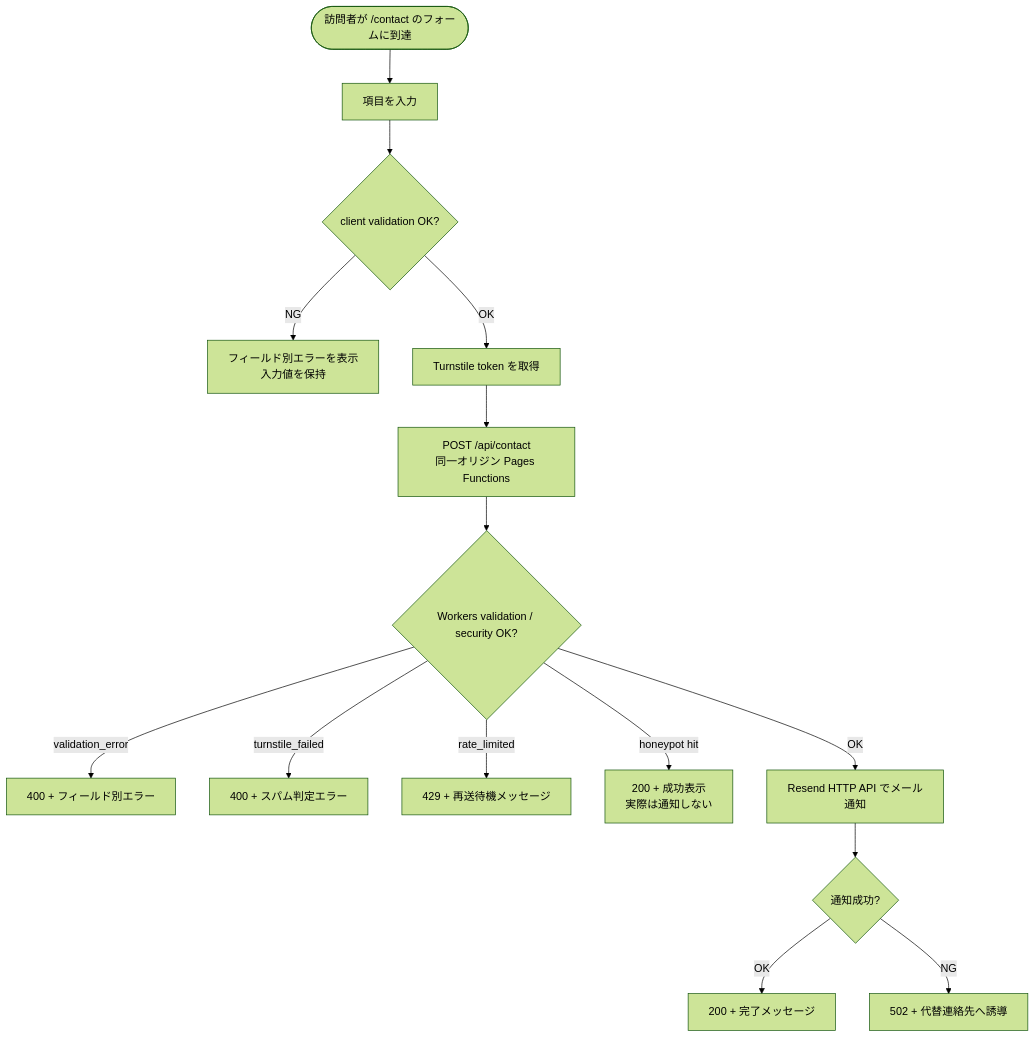
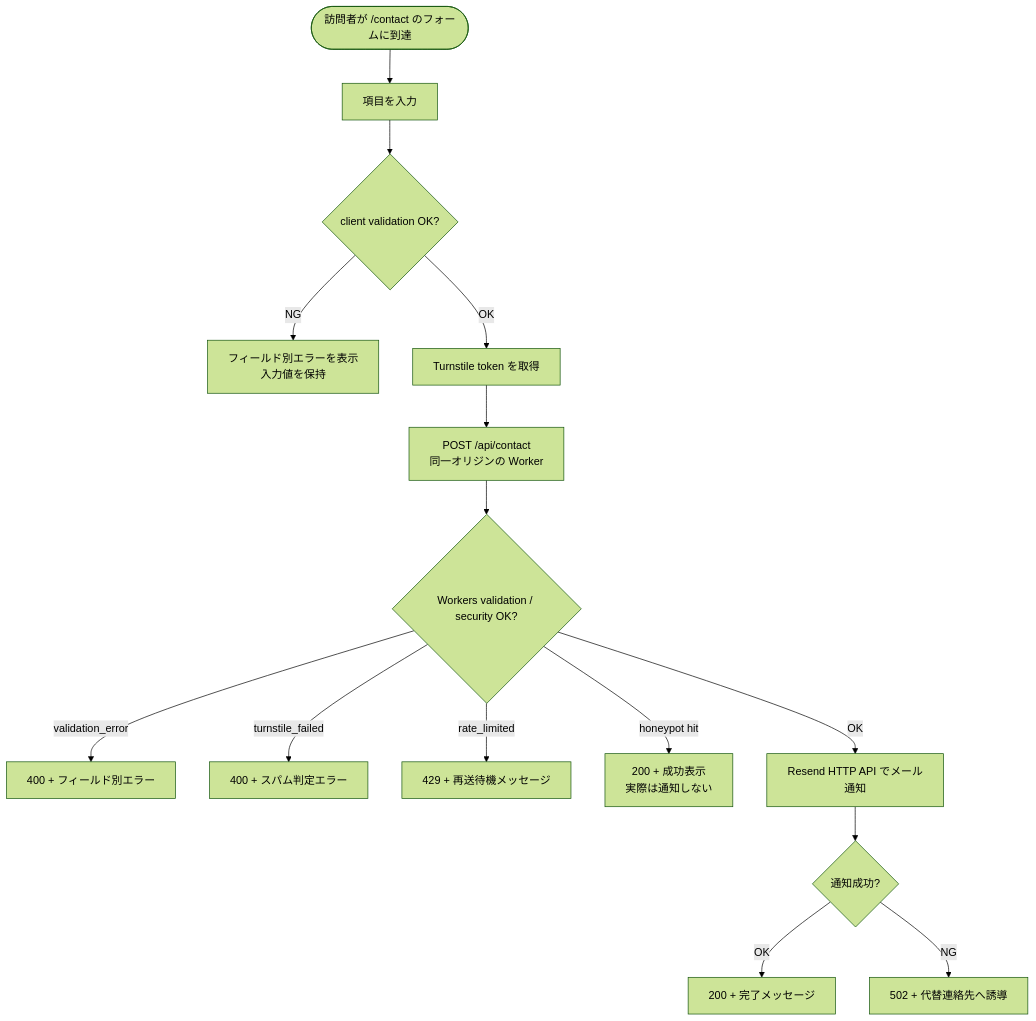
Before and after one commit to Fukuemon/kufu-apps: the first of 5 diagrams in design/features/corporate-site/DesignDoc_corporate-site.md, drawn with Mermaid (forest theme). The commit also changed other lines of this file and 8 other files, not shown here.

````diff
--- a/design/features/corporate-site/DesignDoc_corporate-site.md
+++ b/design/features/corporate-site/DesignDoc_corporate-site.md
@@ -146,17 +147,17 @@
 ```mermaid
 flowchart TD
     Start(["訪問者が /contact のフォームに到達"]) --> Fill["項目を入力"]
     Fill --> ClientValid{"client validation OK?"}
     ClientValid -->|"NG"| ClientError["フィールド別エラーを表示<br/>入力値を保持"]
     ClientValid -->|"OK"| Token["Turnstile token を取得"]
-    Token --> Post["POST /api/contact<br/>同一オリジン Pages Functions"]
+    Token --> Post["POST /api/contact<br/>同一オリジンの Worker"]
     Post --> ServerValid{"Workers validation / security OK?"}
     ServerValid -->|"validation_error"| FieldError["400 + フィールド別エラー"]
     ServerValid -->|"turnstile_failed"| SpamError["400 + スパム判定エラー"]
     ServerValid -->|"rate_limited"| RateError["429 + 再送待機メッセージ"]
     ServerValid -->|"honeypot hit"| FakeSuccess["200 + 成功表示<br/>実際は通知しない"]
     ServerValid -->|"OK"| Notify["Resend HTTP API でメール通知"]
     Notify --> NotifyResult{"通知成功?"}
     NotifyResult -->|"OK"| Success["200 + 完了メッセージ"]
     NotifyResult -->|"NG"| SendFailed["502 + 代替連絡先へ誘導"]
 ```
````
